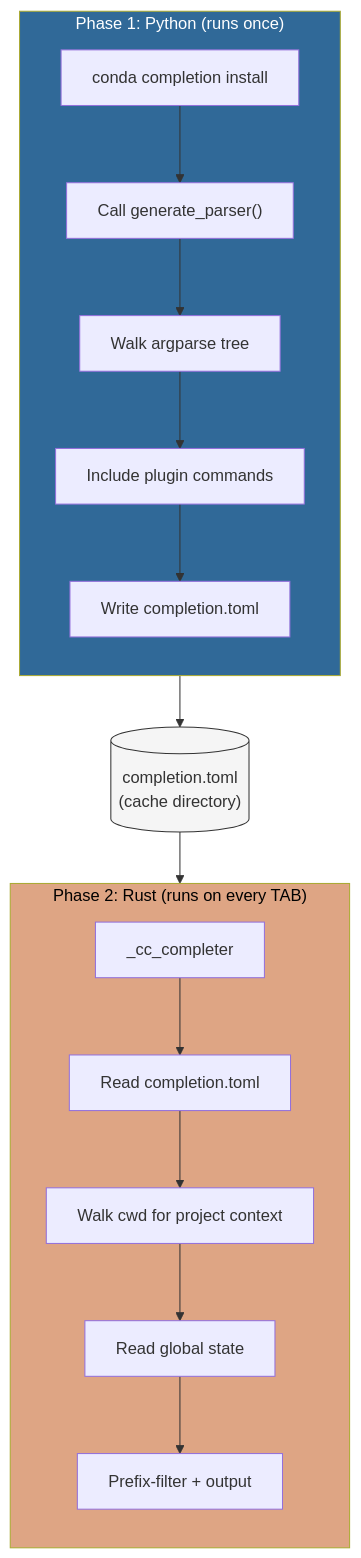
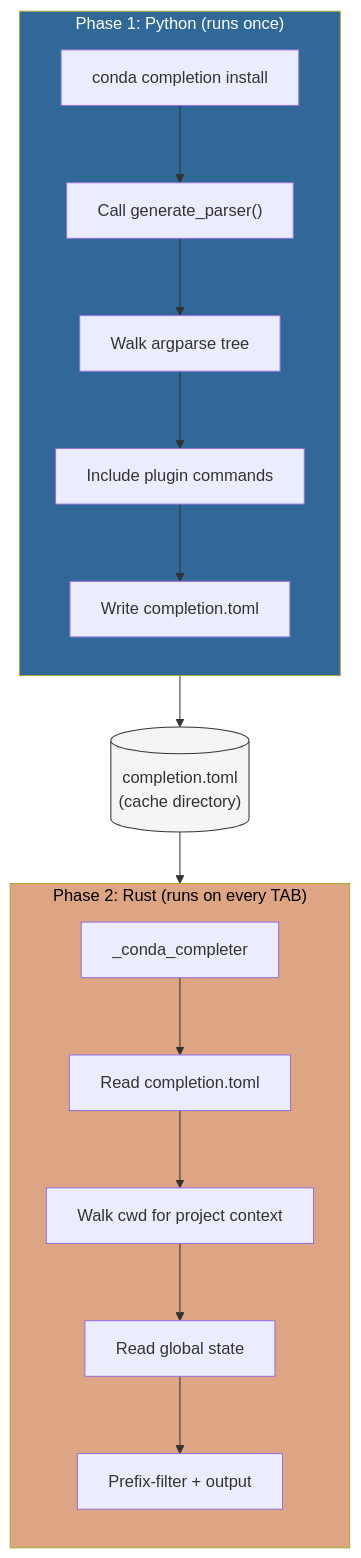
One commit to conda-incubator/conda-completion changed the diagram in docs/explanation/architecture.md. Above: the diagram before and after it, drawn with Mermaid. The commit also changed other lines of this file and 6 other files, not shown here.

First line of the commit message:
Rename binary from _cc_completer to _conda_completer

````diff
--- a/docs/explanation/architecture.md
+++ b/docs/explanation/architecture.md
@@ -9,26 +9,26 @@
 ```{mermaid}
 flowchart TD
     subgraph python ["Phase 1: Python (runs once)"]
         direction TB
         A["conda completion install"] --> B["Call generate_parser()"]
         B --> C["Walk argparse tree"]
         C --> D["Include plugin commands"]
         D --> E["Write completion.toml"]
     end
 
     E --> F[("completion.toml\n(cache directory)")]
 
     subgraph rust ["Phase 2: Rust (runs on every TAB)"]
         direction TB
-        G["_cc_completer"] --> H["Read completion.toml"]
+        G["_conda_completer"] --> H["Read completion.toml"]
         H --> I["Walk cwd for project context"]
         I --> J["Read global state"]
         J --> K["Prefix-filter + output"]
     end
 
     F --> G
 
     style python fill:#306998,color:#fff
     style rust fill:#dea584,color:#000
     style F fill:#f5f5f5,stroke:#333
 ```
````
